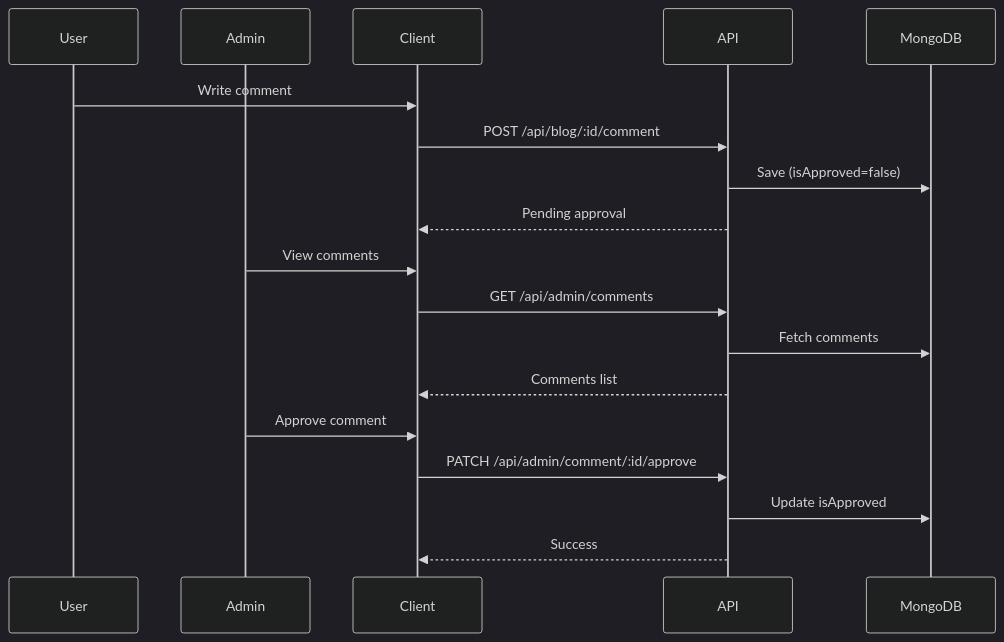
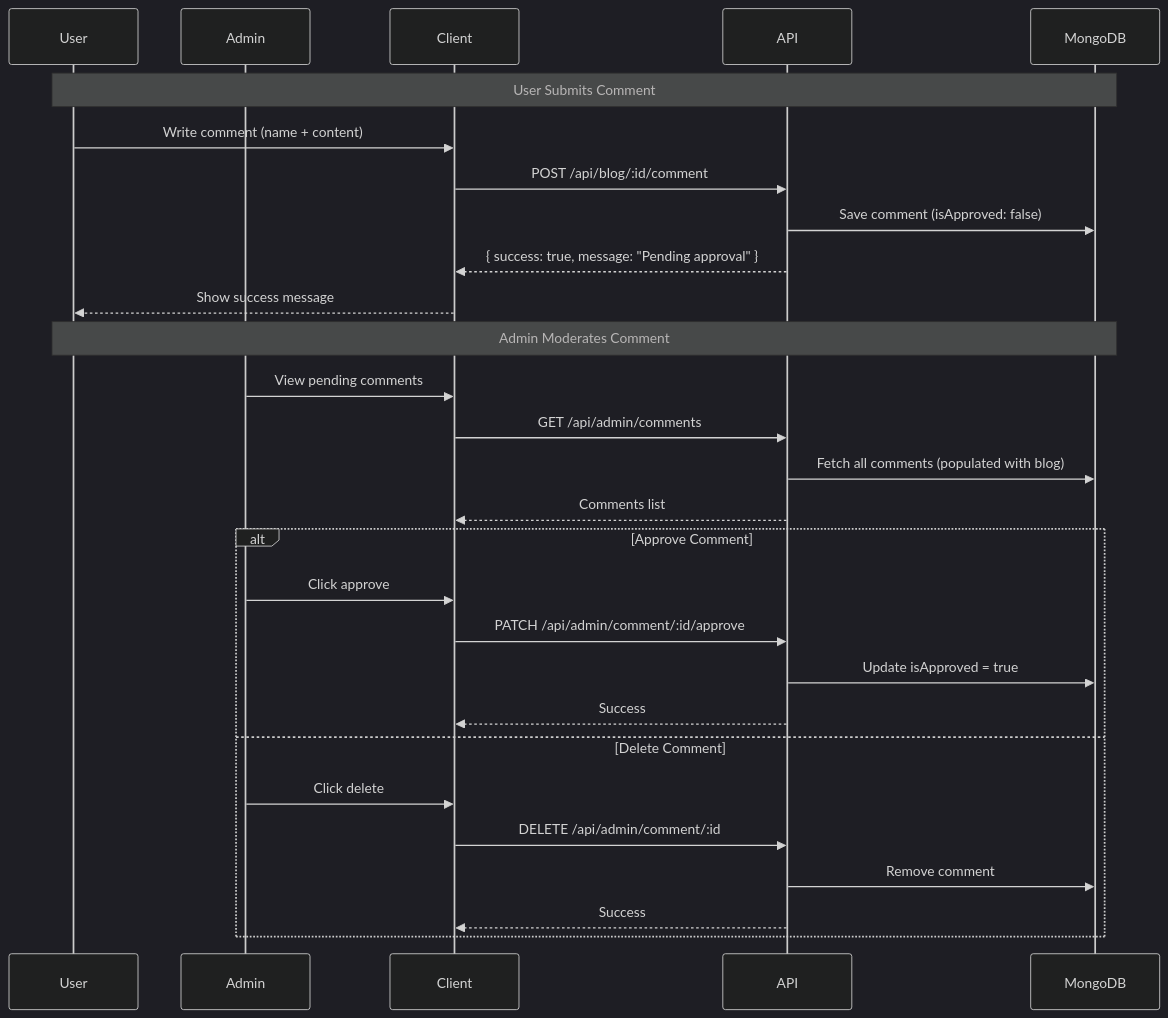
Before and after one commit to VIKRAMANR7/VikramanBlog: the sixth of 8 diagrams in README.md, drawn with Mermaid (dark theme). The commit also changed other lines of this file and 2 other files, not shown here.

````diff
--- a/README.md
+++ b/README.md
@@ -103,23 +220,35 @@
 ```mermaid
 sequenceDiagram
     participant User
     participant Admin
     participant Client
     participant API
     participant MongoDB
 
-    User->>Client: Write comment
+    Note over User,MongoDB: User Submits Comment
+
+    User->>Client: Write comment (name + content)
     Client->>API: POST /api/blog/:id/comment
-    API->>MongoDB: Save (isApproved=false)
-    API-->>Client: Pending approval
+    API->>MongoDB: Save comment (isApproved: false)
+    API-->>Client: { success: true, message: "Pending approval" }
+    Client-->>User: Show success message
 
-    Admin->>Client: View comments
+    Note over User,MongoDB: Admin Moderates Comment
+
+    Admin->>Client: View pending comments
     Client->>API: GET /api/admin/comments
-    API->>MongoDB: Fetch comments
+    API->>MongoDB: Fetch all comments (populated with blog)
     API-->>Client: Comments list
 
-    Admin->>Client: Approve comment
-    Client->>API: PATCH /api/admin/comment/:id/approve
-    API->>MongoDB: Update isApproved
-    API-->>Client: Success
+    alt Approve Comment
+        Admin->>Client: Click approve
+        Client->>API: PATCH /api/admin/comment/:id/approve
+        API->>MongoDB: Update isApproved = true
+        API-->>Client: Success
+    else Delete Comment
+        Admin->>Client: Click delete
+        Client->>API: DELETE /api/admin/comment/:id
+        API->>MongoDB: Remove comment
+        API-->>Client: Success
+    end
 ```
````
